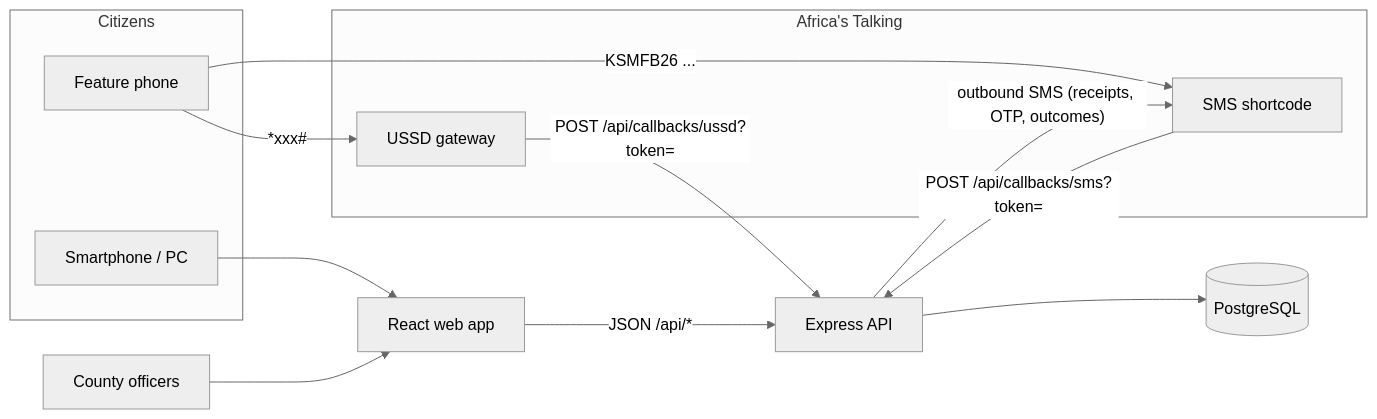
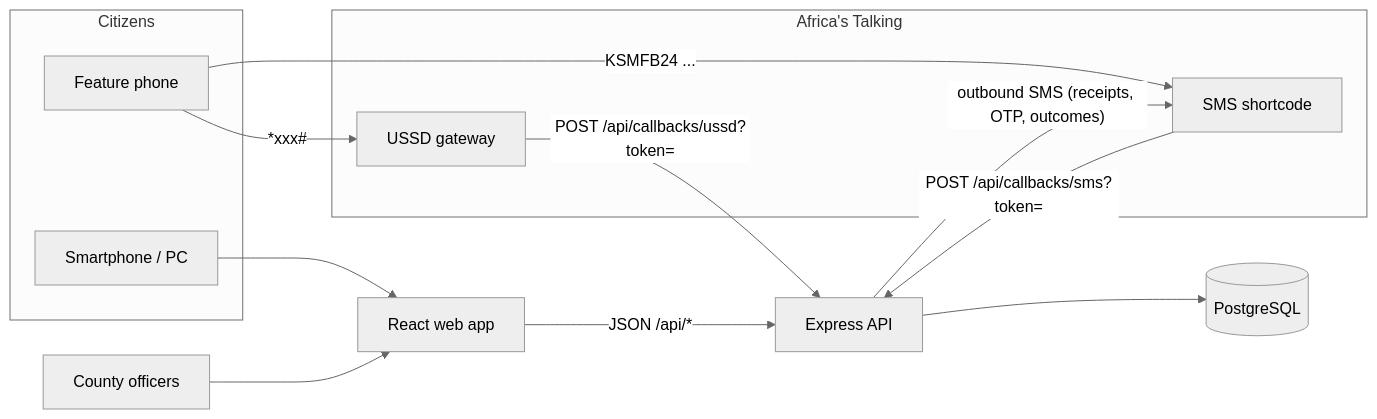
Before and after one commit to iochieng1/Public-Participation-Platform: the first of 2 diagrams in docs/KENYA_CASE_STUDY.md, drawn with Mermaid (neutral theme). The commit also changed other lines of this file and 6 other files, not shown here.

````diff
--- a/docs/KENYA_CASE_STUDY.md
+++ b/docs/KENYA_CASE_STUDY.md
@@ -100,20 +100,20 @@
 ```mermaid
 flowchart LR
   subgraph Citizens
     FP[Feature phone]
     SP[Smartphone / PC]
   end
   subgraph AT["Africa's Talking"]
     USSD[USSD gateway]
     SMSG[SMS shortcode]
   end
   FP -- "*xxx#" --> USSD
-  FP -- "KSMFB26 ..." --> SMSG
+  FP -- "KSMFB24 ..." --> SMSG
   USSD -- "POST /api/callbacks/ussd?token=" --> API
   SMSG -- "POST /api/callbacks/sms?token=" --> API
   API -- "outbound SMS (receipts, OTP, outcomes)" --> SMSG
   SP --> WEB[React web app]
   OFF[County officers] --> WEB
   WEB -- "JSON /api/*" --> API[Express API]
   API --> DB[(PostgreSQL)]
 ```
````
